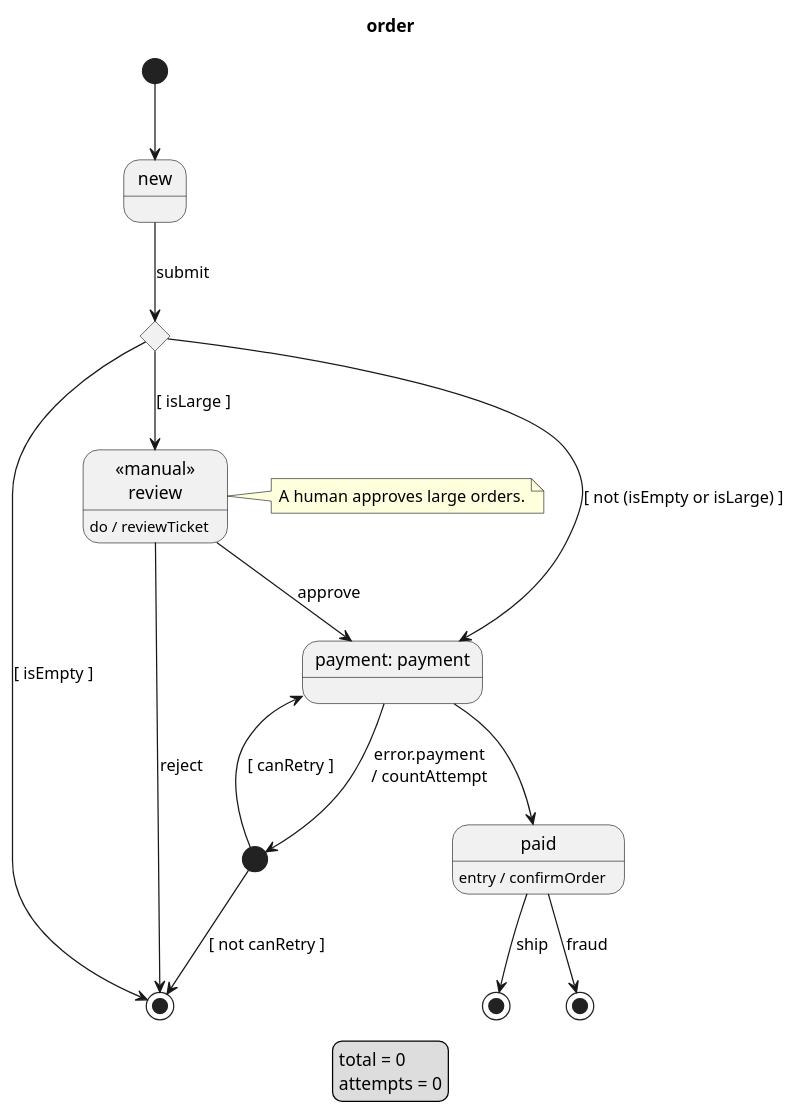
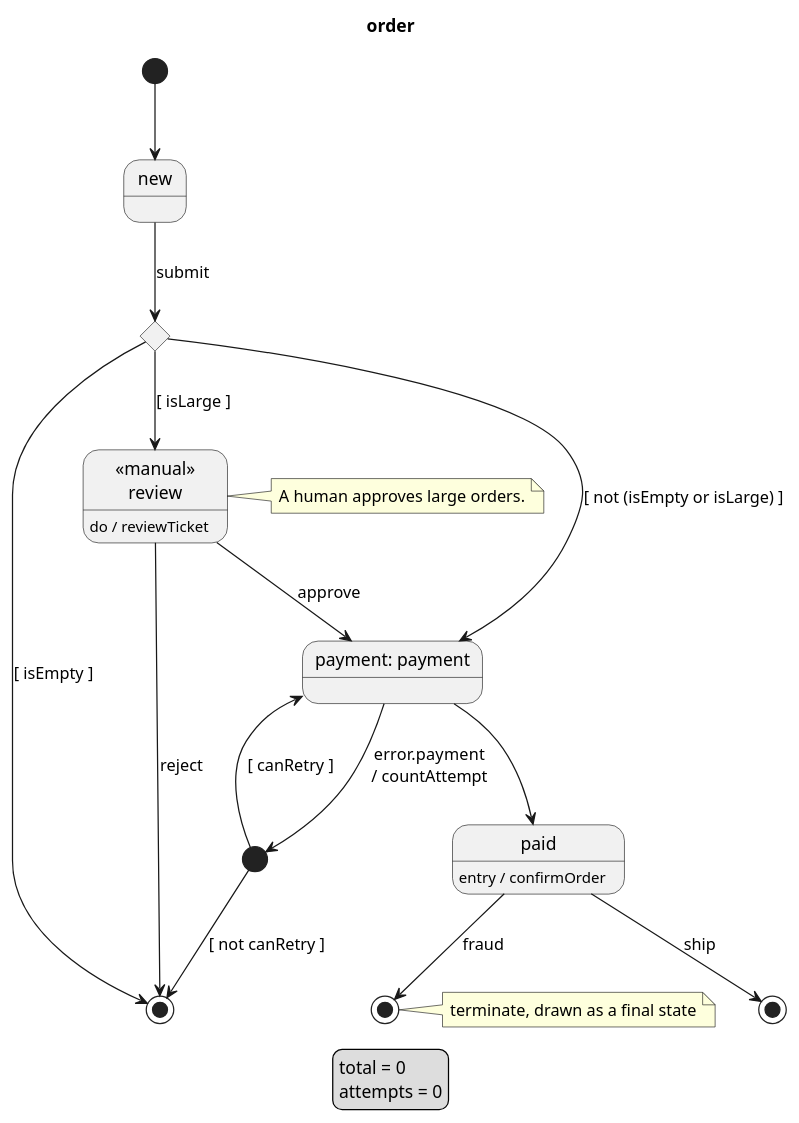
One commit to vincedupuis/transplantUML changed the diagram in example/order.puml. Above: the diagram before and after it, drawn with PlantUML. The commit also changed 37 other files, not shown here.

```diff
--- a/example/order.puml
+++ b/example/order.puml
@@ -1,32 +1,33 @@
 @startuml
 title order
 legend
     total = 0
     attempts = 0
 endlegend
 [*] --> new
 state new
 state check <<choice>>
 state "«manual»\nreview" as review <<manual>>
 review : do / reviewTicket
 note right of review : A human approves large orders.
 state "payment: payment" as payment
 state retry <<start>>
 state paid
 paid : entry / confirmOrder
 state shipped <<end>>
 state rejected <<end>>
 state killed <<end>>
+note right of killed : terminate, drawn as a final state
 new --> check: submit
 check --> rejected: [ isEmpty ]
 check --> review: [ isLarge ]
 check --> payment: [ not (isEmpty or isLarge) ]
 review --> payment: approve
 review --> rejected: reject
 payment --> paid
 payment --> retry: error.payment\n/ countAttempt
 retry --> payment: [ canRetry ]
 retry --> rejected: [ not canRetry ]
 paid --> shipped: ship
 paid --> killed: fraud
 @enduml
```
